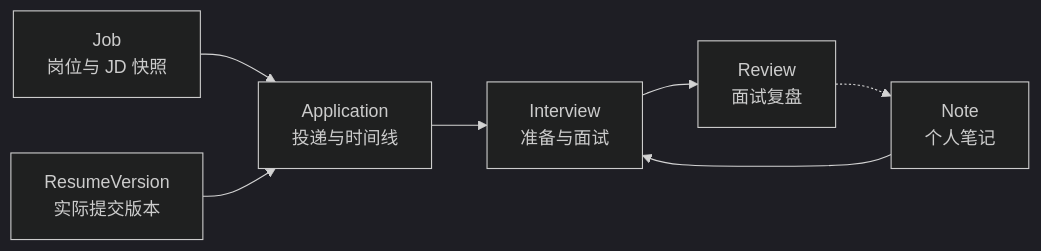
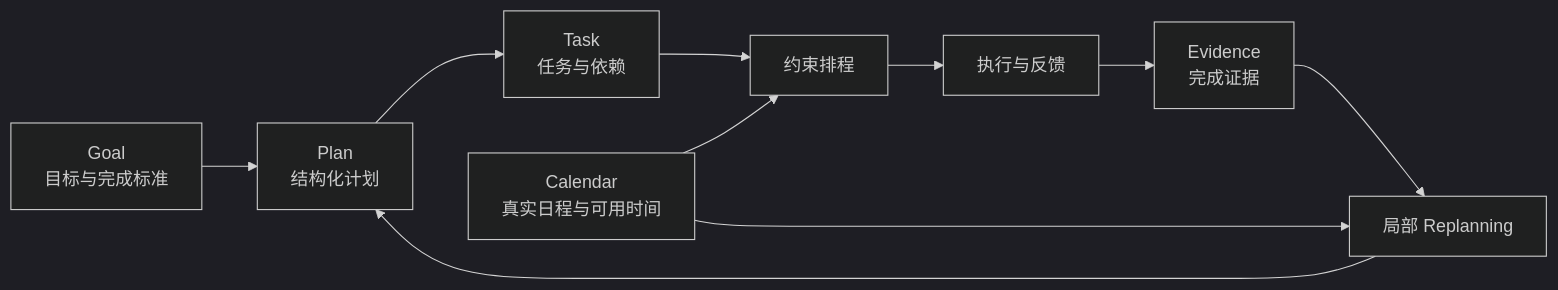
The first of 2 diagrams in README.md (TianhuaYuan/Career-Workbench), drawn with Mermaid (dark theme) before and after one commit. The commit also changed other lines of this file, not shown here.

Commit message:
docs: introduce GoalFlow project README

````diff
--- a/README.md
+++ b/README.md
@@ -41,9 +38,12 @@
 ```mermaid
 flowchart LR
-    J[Job<br/>岗位与 JD 快照] --> A[Application<br/>投递与时间线]
-    R[ResumeVersion<br/>实际提交版本] --> A
-    A --> I[Interview<br/>准备与面试]
-    N[Note<br/>个人笔记] --> I
-    I --> V[Review<br/>面试复盘]
-    V -.-> N
+    G[Goal<br/>目标与完成标准] --> P[Plan<br/>结构化计划]
+    P --> T[Task<br/>任务与依赖]
+    C[Calendar<br/>真实日程与可用时间] --> S[约束排程]
+    T --> S
+    S --> X[执行与反馈]
+    X --> E[Evidence<br/>完成证据]
+    E --> R[局部 Replanning]
+    C --> R
+    R --> P
 ```
````
